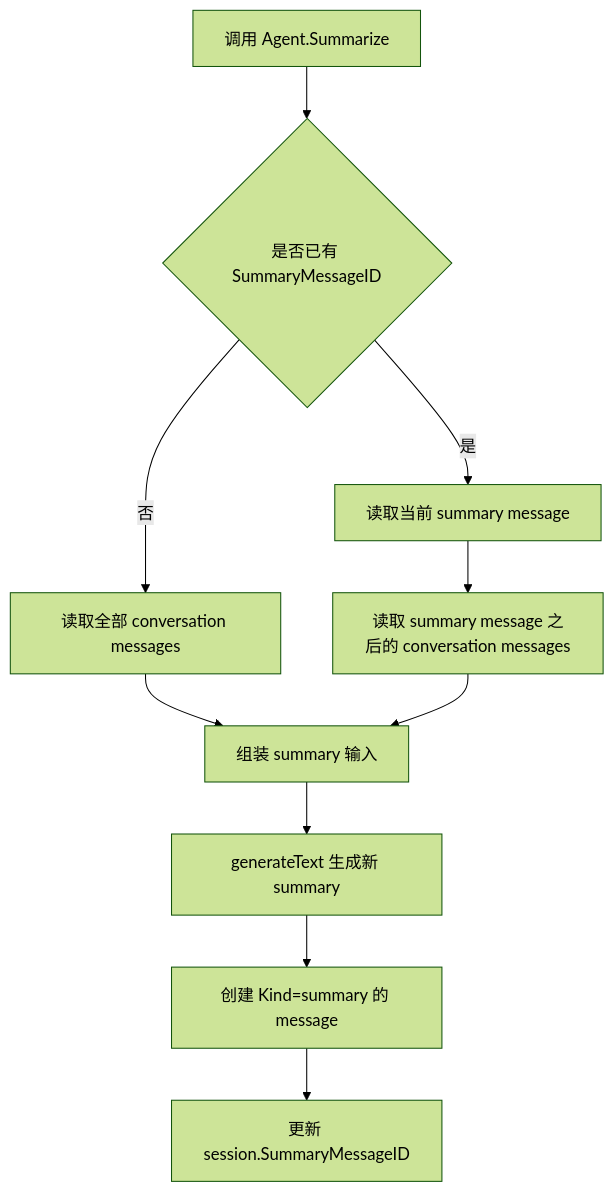
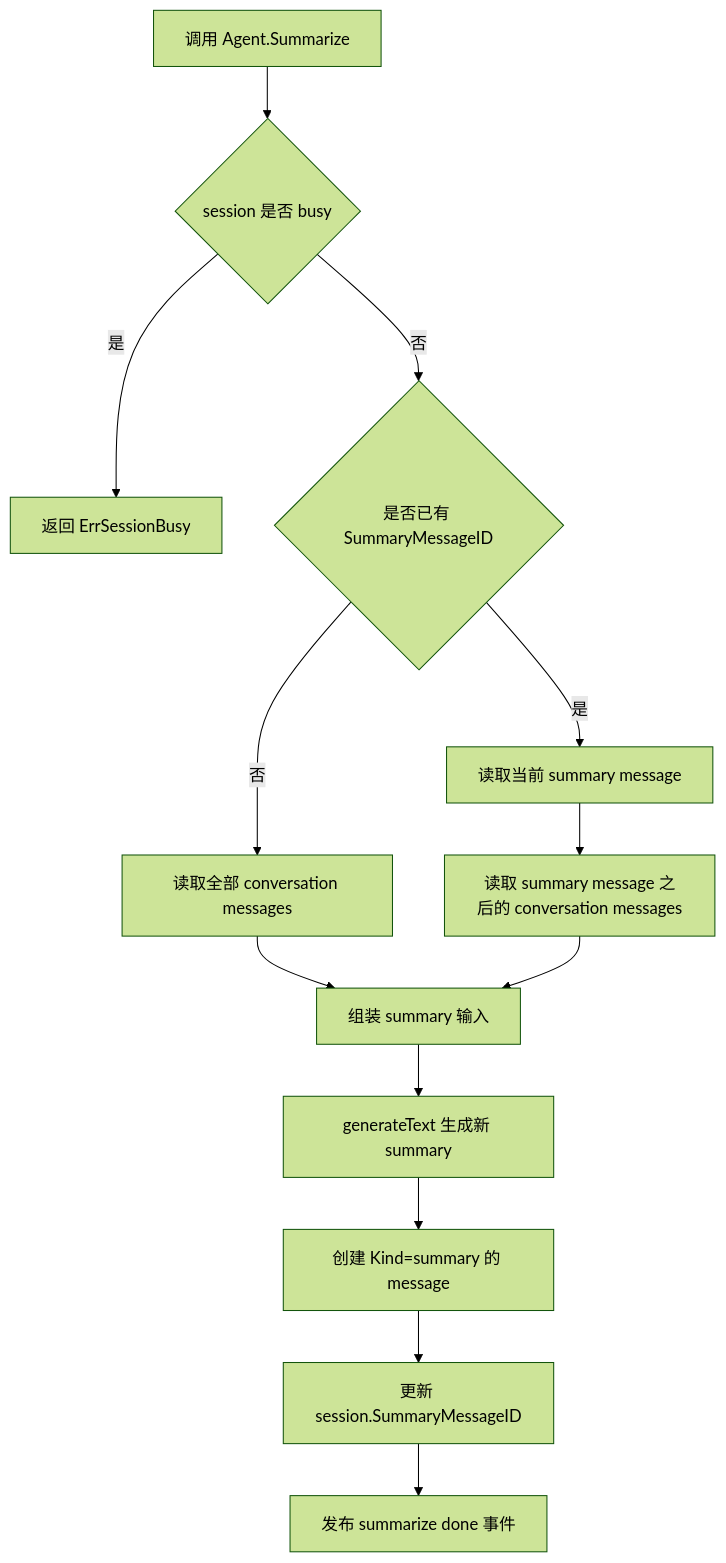
The sixth of 8 diagrams in docs/agent-current-issues.md (fengxiaozi-liu/AgentSdk), drawn with Mermaid (forest theme) before and after one commit. The commit also changed other lines of this file and 1 other file, not shown here.

````diff
--- a/docs/agent-current-issues.md
+++ b/docs/agent-current-issues.md
@@ -191,12 +255,15 @@
 ```mermaid
 flowchart TD
-    A[调用 Agent.Summarize] --> B{是否已有 SummaryMessageID}
-    B -- 否 --> C[读取全部 conversation messages]
-    B -- 是 --> D[读取当前 summary message]
-    D --> E[读取 summary message 之后的 conversation messages]
-    C --> F[组装 summary 输入]
-    E --> F
-    F --> G[generateText 生成新 summary]
-    G --> H[创建 Kind=summary 的 message]
-    H --> I[更新 session.SummaryMessageID]
+    A[调用 Agent.Summarize] --> B{session 是否 busy}
+    B -- 是 --> B1[返回 ErrSessionBusy]
+    B -- 否 --> C{是否已有 SummaryMessageID}
+    C -- 否 --> D[读取全部 conversation messages]
+    C -- 是 --> E[读取当前 summary message]
+    E --> F[读取 summary message 之后的 conversation messages]
+    D --> G[组装 summary 输入]
+    F --> G
+    G --> H[generateText 生成新 summary]
+    H --> I[创建 Kind=summary 的 message]
+    I --> J[更新 session.SummaryMessageID]
+    J --> K[发布 summarize done 事件]
 ```
````
